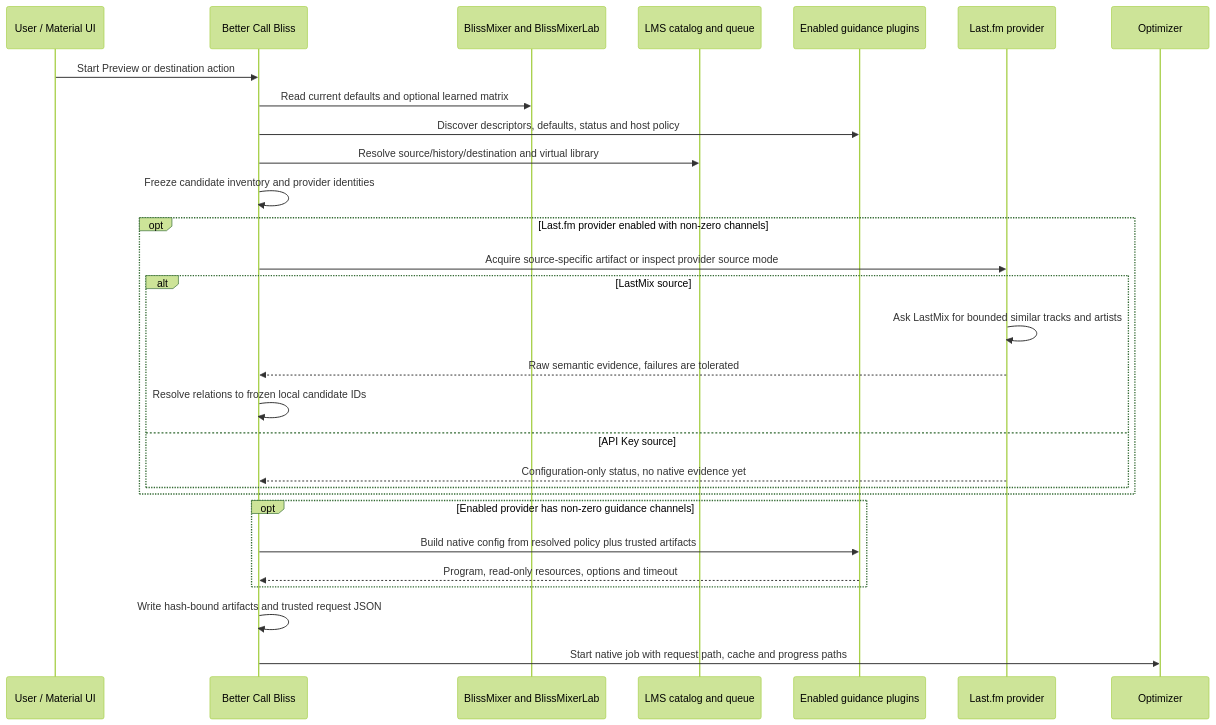
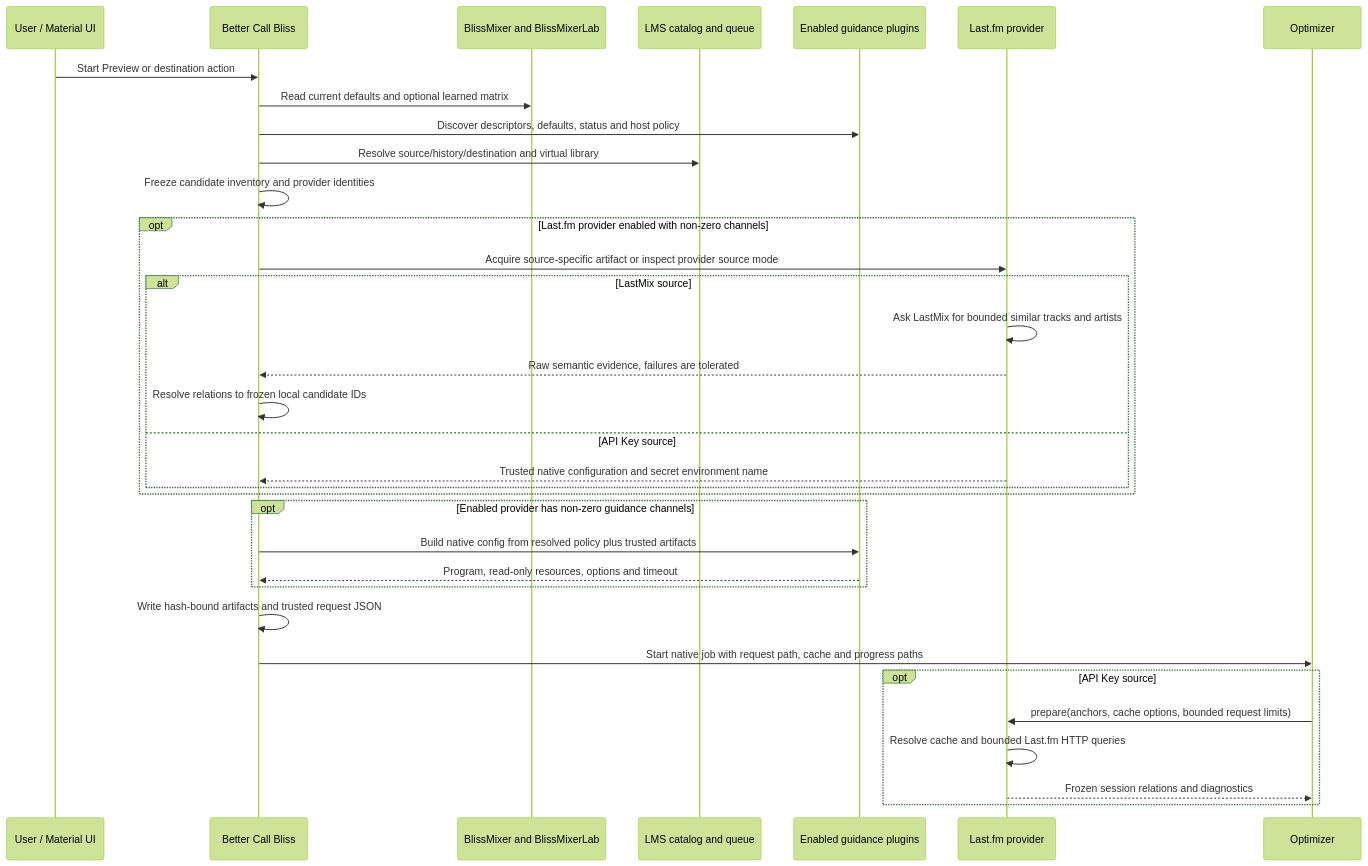
Before and after one commit to chrober/lms-better-call-bliss: the second of 6 diagrams in docs/GUIDANCE_DATA_FLOW.md, drawn with Mermaid (forest theme). The commit also changed other lines of this file and 4 other files, not shown here.

````diff
--- a/docs/GUIDANCE_DATA_FLOW.md
+++ b/docs/GUIDANCE_DATA_FLOW.md
@@ -100,32 +103,37 @@
 ```mermaid
 sequenceDiagram
     participant UI as User / Material UI
     participant B as Better Call Bliss
     participant M as BlissMixer and BlissMixerLab
     participant L as LMS catalog and queue
     participant G as Enabled guidance plugins
     participant X as Last.fm provider
     participant O as Optimizer
 
     UI->>B: Start Preview or destination action
     B->>M: Read current defaults and optional learned matrix
     B->>G: Discover descriptors, defaults, status and host policy
     B->>L: Resolve source/history/destination and virtual library
     B->>B: Freeze candidate inventory and provider identities
     opt Last.fm provider enabled with non-zero channels
         B->>X: Acquire source-specific artifact or inspect provider source mode
         alt LastMix source
             X->>X: Ask LastMix for bounded similar tracks and artists
             X-->>B: Raw semantic evidence, failures are tolerated
             B->>B: Resolve relations to frozen local candidate IDs
         else API Key source
-            X-->>B: Configuration-only status, no native evidence yet
+            X-->>B: Trusted native configuration and secret environment name
         end
     end
     opt Enabled provider has non-zero guidance channels
         B->>G: Build native config from resolved policy plus trusted artifacts
         G-->>B: Program, read-only resources, options and timeout
     end
     B->>B: Write hash-bound artifacts and trusted request JSON
     B->>O: Start native job with request path, cache and progress paths
+    opt API Key source
+        O->>X: prepare(anchors, cache options, bounded request limits)
+        X->>X: Resolve cache and bounded Last.fm HTTP queries
+        X-->>O: Frozen session relations and diagnostics
+    end
 ```
````
